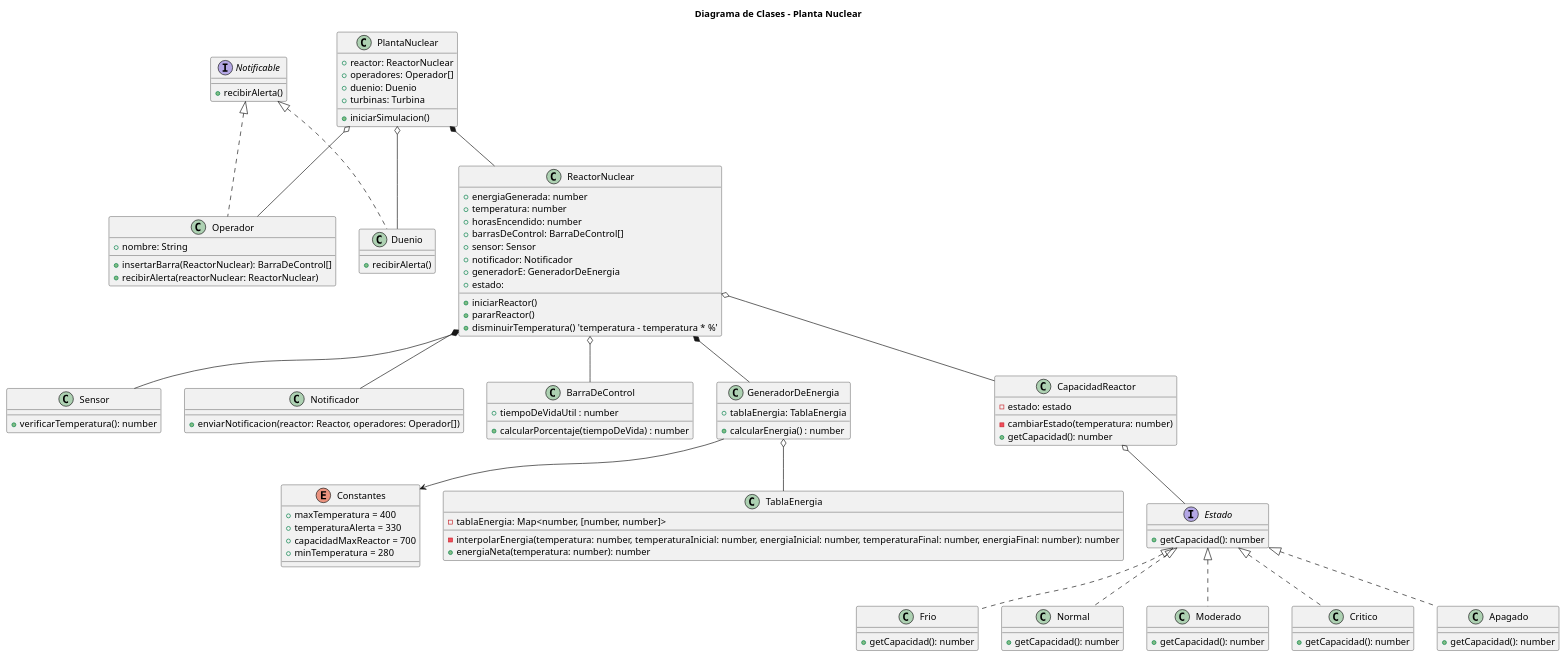
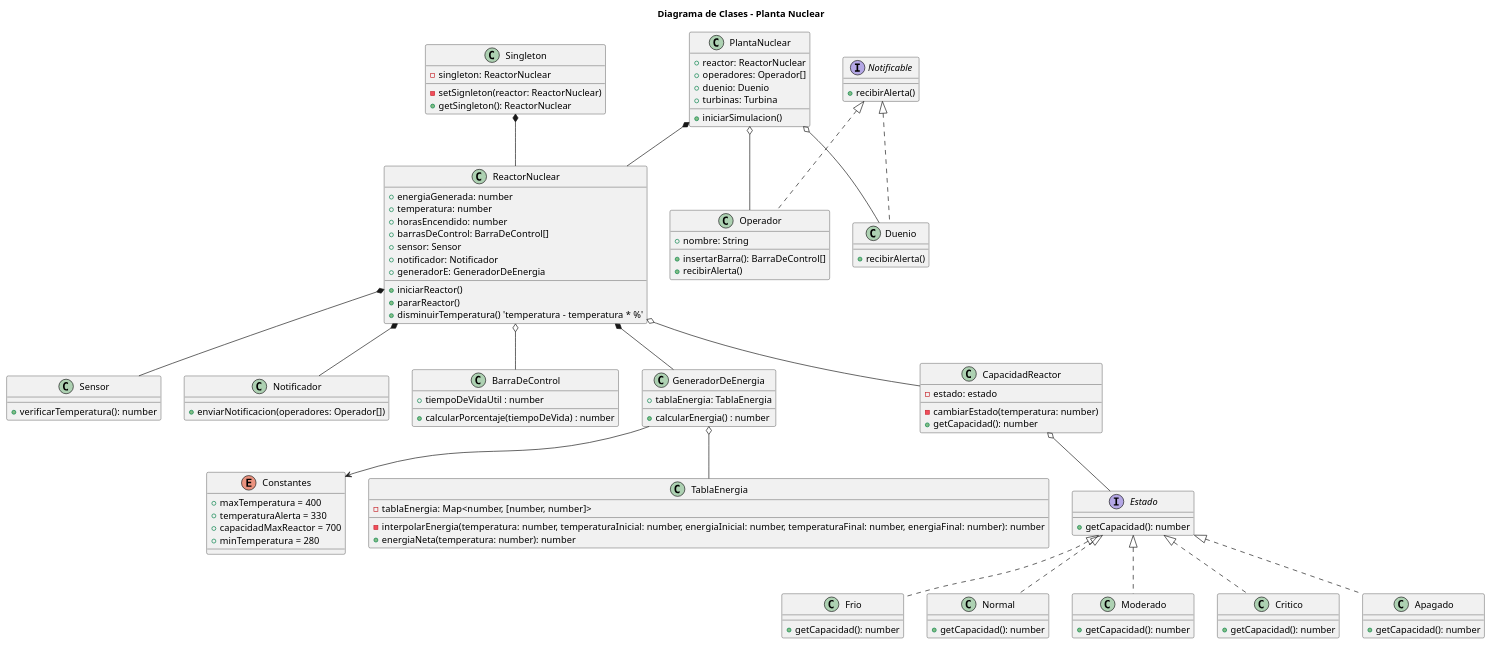
Before and after one commit to AndresRabbione/TPBackup: the diagram in src/diagramas/diagrama_de_clases_principal.puml, drawn with PlantUML.

Commit message:
Copletando la segunda version del diagrama de clases

```diff
--- a/src/diagramas/diagrama_de_clases_principal.puml
+++ b/src/diagramas/diagrama_de_clases_principal.puml
@@ -1,132 +1,140 @@
 @startuml Planta Nuclear
 title Diagrama de Clases - Planta Nuclear
+
+class Singleton {
+    - singleton: ReactorNuclear
+
+    - setSignleton(reactor: ReactorNuclear)
+    + getSingleton(): ReactorNuclear
+}
 
 interface Notificable {
     + recibirAlerta()
 }
 
 class Duenio implements Notificable {
     + recibirAlerta()
 }
 
 class Operador implements Notificable {
     + nombre: String
 
-    + insertarBarra(ReactorNuclear): BarraDeControl[]
-    + recibirAlerta(reactorNuclear: ReactorNuclear)
+    + insertarBarra(): BarraDeControl[]
+    + recibirAlerta()
 }
 
 'class RegistroDeInformacion {}
 
 class PlantaNuclear {
     + reactor: ReactorNuclear
     + operadores: Operador[]
     + duenio: Duenio
     + turbinas: Turbina
 
     + iniciarSimulacion()
 }
 
 'singleton
 class ReactorNuclear {
     + energiaGenerada: number
     + temperatura: number
     + horasEncendido: number
     + barrasDeControl: BarraDeControl[]
     + sensor: Sensor
     + notificador: Notificador
     + generadorE: GeneradorDeEnergia
-    + estado: 
 
     + iniciarReactor()
     + pararReactor()
     + disminuirTemperatura() 'temperatura - temperatura * %'
 }
 
 class Sensor {
     + verificarTemperatura(): number
 }
 
 class Notificador {
-    + enviarNotificacion(reactor: Reactor, operadores: Operador[]) 
+    + enviarNotificacion(operadores: Operador[])
 }
+
+'operador.recibir(reactor)
 
 class BarraDeControl {
     + tiempoDeVidaUtil : number
     
     + calcularPorcentaje(tiempoDeVida) : number
 }
 
 class GeneradorDeEnergia {
     + tablaEnergia: TablaEnergia
     
     + calcularEnergia() : number
 }
 
 class TablaEnergia {
     - tablaEnergia: Map<number, [number, number]>
 
     - interpolarEnergia(temperatura: number, temperaturaInicial: number, energiaInicial: number, temperaturaFinal: number, energiaFinal: number): number
     + energiaNeta(temperatura: number): number
 }
 
 class CapacidadReactor {
     - estado: estado
 
     - cambiarEstado(temperatura: number)
     + getCapacidad(): number
 }
 
 Interface Estado {
     + getCapacidad(): number
 }
 
 class Frio implements Estado {
     + getCapacidad(): number
 }
 
 class Normal implements Estado {
     + getCapacidad(): number
 }
 
 class Moderado implements Estado {
     + getCapacidad(): number
 }
 
 class Critico implements Estado {
     + getCapacidad(): number
 }
 
 class Apagado implements Estado {
     + getCapacidad(): number
 }
 
 enum Constantes {
     + maxTemperatura = 400
     + temperaturaAlerta = 330
     + capacidadMaxReactor = 700
     + minTemperatura = 280
 }
 
 PlantaNuclear o-- Operador
 PlantaNuclear o-- Duenio
 PlantaNuclear *-- ReactorNuclear
 
 ReactorNuclear *-- Sensor
 ReactorNuclear *-- Notificador
 ReactorNuclear *-- GeneradorDeEnergia
 ReactorNuclear o-- BarraDeControl
 ReactorNuclear o-- CapacidadReactor
 
 CapacidadReactor o-- Estado
 
 GeneradorDeEnergia o-- TablaEnergia
 
 GeneradorDeEnergia --> Constantes
 
-
+Singleton *-- ReactorNuclear
 
 'Preguntas: ¿Como aumenta la temperatura del reactor? ¿Sola? ¿Lo simulamos?
 'Como delegamos las responsabilidades de los Operadores
 
 @enduml
```
